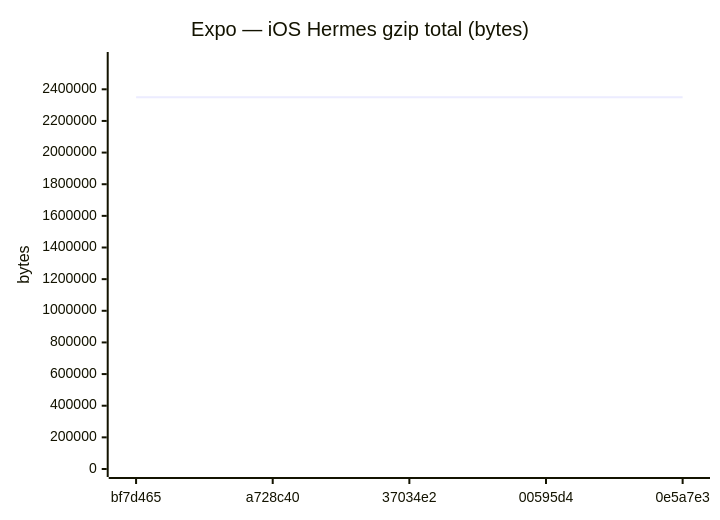
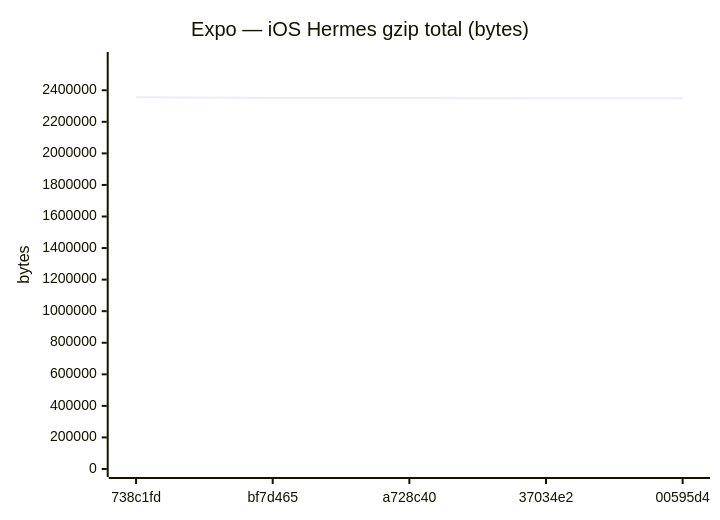
One commit to Metaheurist/Rianell changed diagram 16 of 24 in benchmarks/compare.md. Above: the diagram before and after it, drawn with Mermaid. The commit also changed other lines of this file and 13 other files, not shown here.

````diff
--- a/benchmarks/compare.md
+++ b/benchmarks/compare.md
@@ -228,7 +228,7 @@
 ```mermaid
 xychart-beta
     title "Expo — iOS Hermes gzip total (bytes)"
-    x-axis ["bf7d465", "a728c40", "37034e2", "00595d4", "0e5a7e3"]
-    y-axis "bytes" 0 --> 2585196
-    line [2350178, 2350175, 2350043, 2350046, 2350041]
+    x-axis ["738c1fd", "bf7d465", "a728c40", "37034e2", "00595d4"]
+    y-axis "bytes" 0 --> 2591665
+    line [2356059, 2350178, 2350175, 2350043, 2350046]
 ```
````
